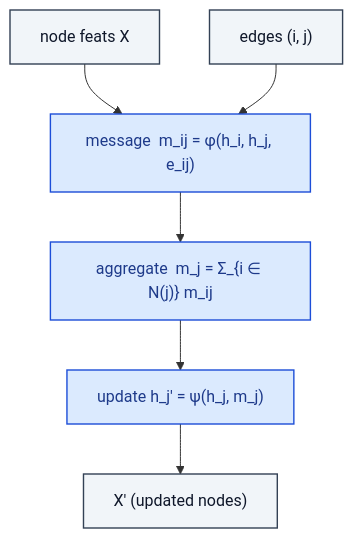
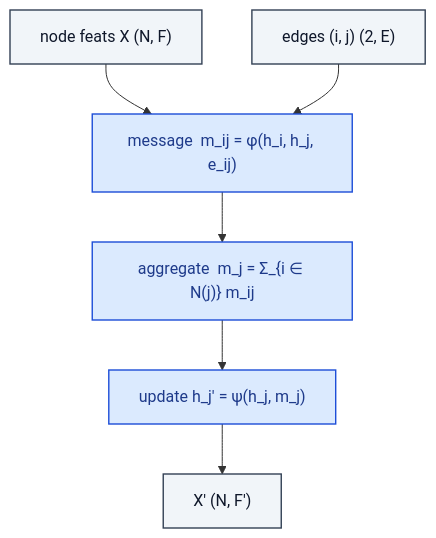
Before and after one commit to RealityShifts/Srivastava-book-of-Blocks-diagrams: the diagram in gnn/MessagePassing.md, drawn with Mermaid. The commit also changed 123 other files, not shown here.

````diff
--- a/gnn/MessagePassing.md
+++ b/gnn/MessagePassing.md
@@ -7,23 +7,24 @@
 ```mermaid
 flowchart TD
-    n0_0["node feats X"]:::io
-    n0_1["edges (i, j)"]:::io
+    n0_0["node feats X  (N, F)"]:::io
+    n0_1["edges (i, j)  (2, E)"]:::io
     n1_0["message  m_ij = φ(h_i, h_j, e_ij)"]:::op
     n2_0["aggregate  m_j = Σ_{i ∈ N(j)} m_ij"]:::op
     n3_0["update  h_j' = ψ(h_j, m_j)"]:::op
-    n4_0["X'  (updated nodes)"]:::io
+    n4_0["X'  (N, F')"]:::io
     n0_0 --> n1_0
     n0_1 --> n1_0
     n1_0 --> n2_0
     n2_0 --> n3_0
     n3_0 --> n4_0
     classDef io fill:#f1f5f9,stroke:#334155,stroke-width:1.4px,color:#0f172a
     classDef op fill:#dbeafe,stroke:#1d4ed8,stroke-width:1.4px,color:#1e3a8a
     classDef norm fill:#dcfce7,stroke:#15803d,stroke-width:1.4px,color:#14532d
     classDef act fill:#ffedd5,stroke:#c2410c,stroke-width:1.4px,color:#7c2d12
     classDef attn fill:#ede9fe,stroke:#6d28d9,stroke-width:1.4px,color:#4c1d95
     classDef merge fill:#fef3c7,stroke:#b45309,stroke-width:1.4px,color:#78350f
     classDef emb fill:#fef9c3,stroke:#a16207,stroke-width:1.4px,color:#713f12
     classDef loss fill:#fee2e2,stroke:#b91c1c,stroke-width:1.4px,color:#7f1d1d
     classDef ctrl fill:#f5f5f4,stroke:#52525b,stroke-width:1.4px,color:#27272a
+    classDef ref fill:#e0f2fe,stroke:#0369a1,stroke-width:2px,color:#0c4a6e,stroke-dasharray: 4 2
 ```
````
